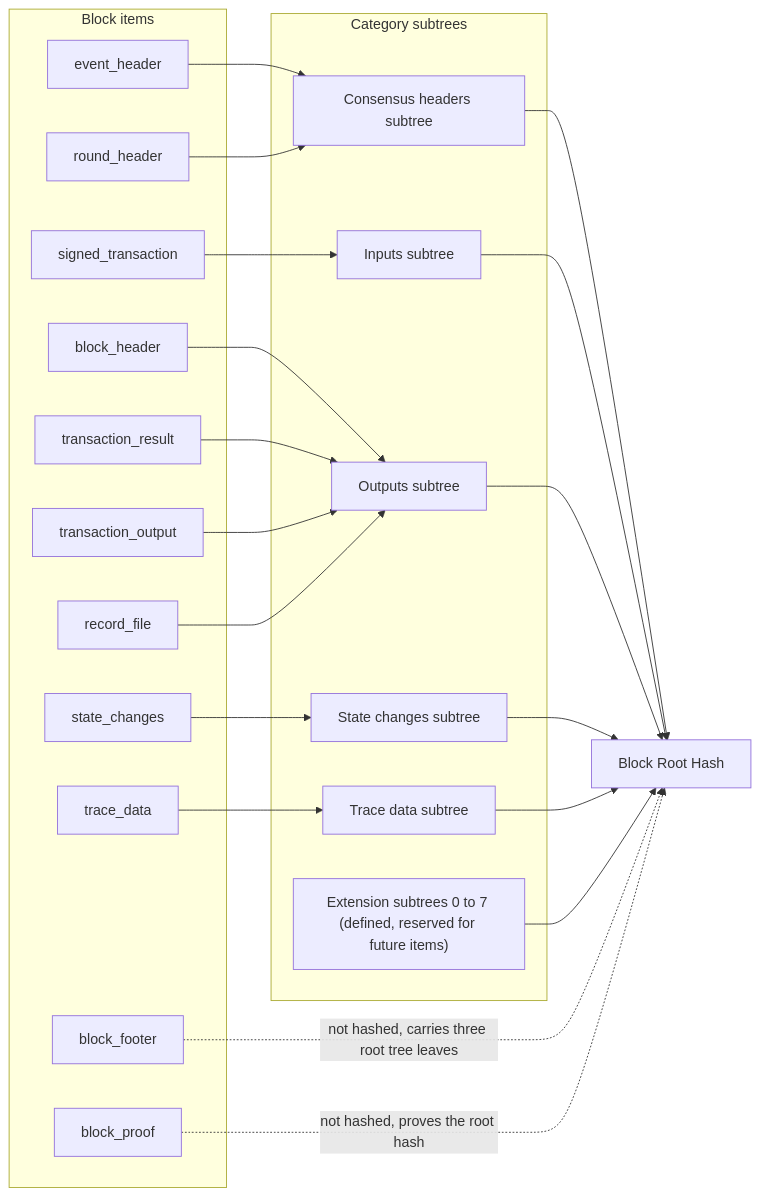
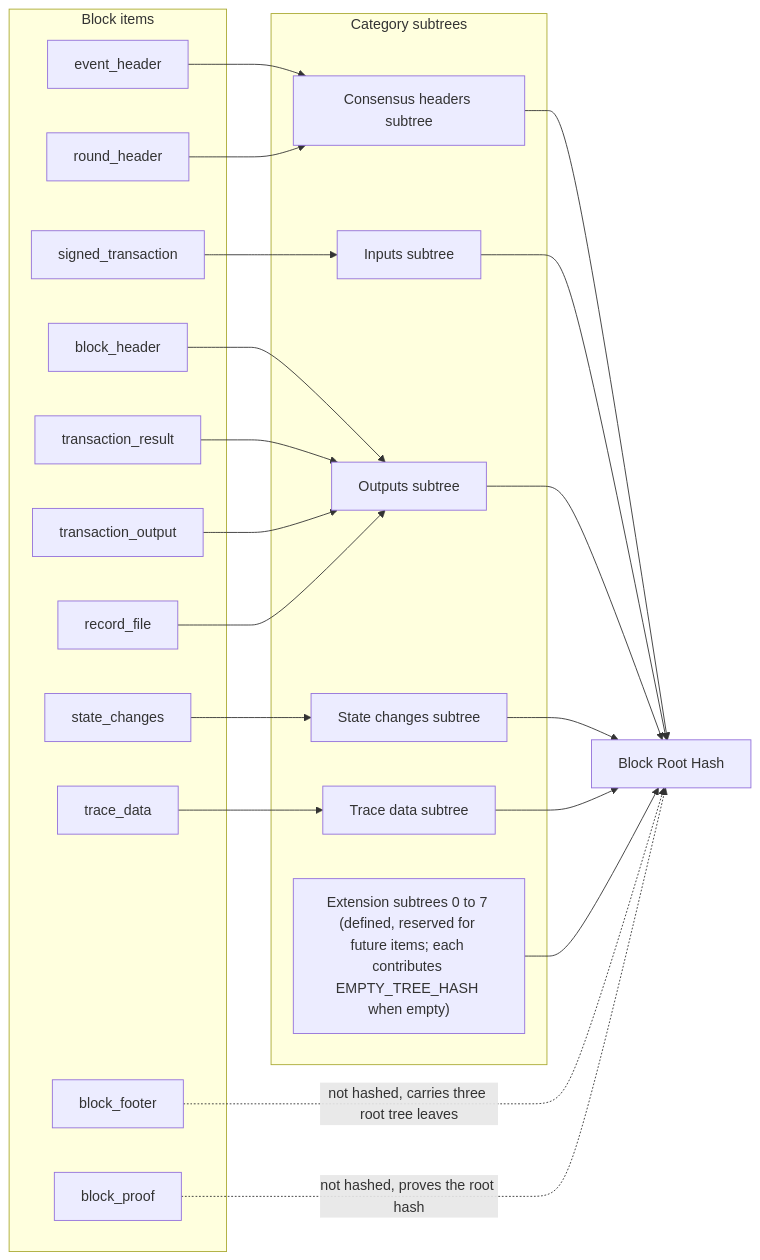
The first of 3 diagrams in docs/design/block-stream-forward-compatibility.md (hiero-ledger/hiero-block-node), drawn with Mermaid before and after one commit. The commit also changed other lines of this file and 67 other files, not shown here.

````diff
--- a/docs/design/block-stream-forward-compatibility.md
+++ b/docs/design/block-stream-forward-compatibility.md
@@ -302,41 +314,41 @@
 ```mermaid
 flowchart LR
     subgraph Items["Block items"]
         EH[event_header]
         RH[round_header]
         ST[signed_transaction]
         BH[block_header]
         TR[transaction_result]
         TO[transaction_output]
         RF[record_file]
         SC[state_changes]
         TDATA[trace_data]
         BF[block_footer]
         BP[block_proof]
     end
     subgraph Subtrees["Category subtrees"]
         CHT[Consensus headers subtree]
         INT[Inputs subtree]
         OUTT[Outputs subtree]
         SCT[State changes subtree]
         TDT[Trace data subtree]
-        EXT["Extension subtrees 0 to 7 (defined, reserved for future items)"]
+        EXT["Extension subtrees 0 to 7 (defined, reserved for future items; each contributes EMPTY_TREE_HASH when empty)"]
     end
     EH --> CHT
     RH --> CHT
     ST --> INT
     BH --> OUTT
     TR --> OUTT
     TO --> OUTT
     RF --> OUTT
     SC --> SCT
     TDATA --> TDT
     CHT --> R[Block Root Hash]
     INT --> R
     OUTT --> R
     SCT --> R
     TDT --> R
     EXT --> R
     BF -. "not hashed, carries three root tree leaves" .-> R
     BP -. "not hashed, proves the root hash" .-> R
 ```
````
